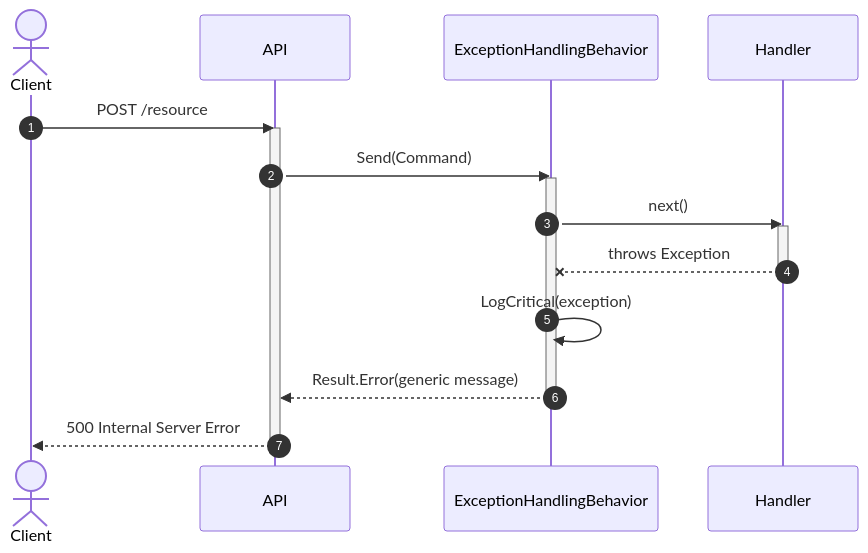
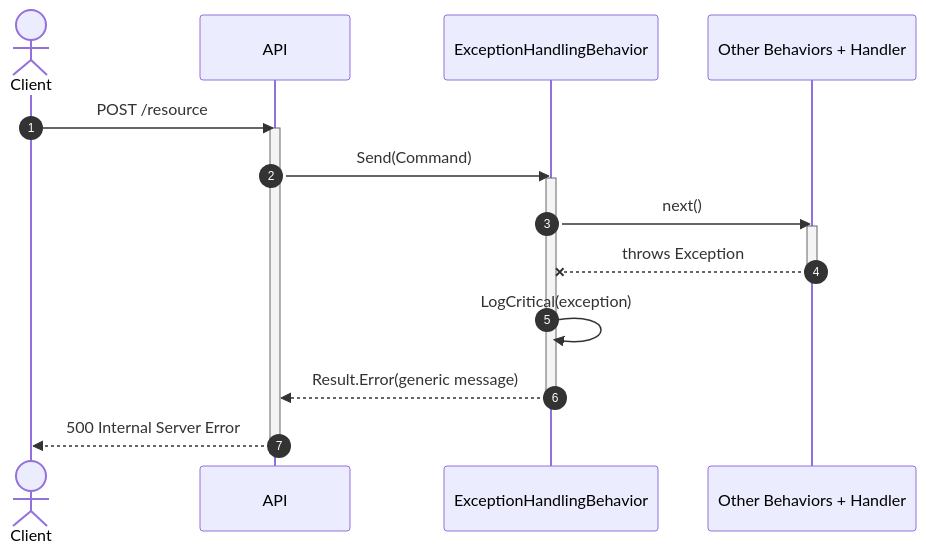
The diagram in skills/dotnet/architecture/artifacts/solutions/🧩validated/solution-mediator-exception-handler.skill/solution-mediator-exception-handler.skill.md (InsonusK/ai-skills), drawn with Mermaid before and after one commit. The commit also changed other lines of this file and 2 other files, not shown here.

Commit message:
fix: register ExceptionHandlingBehavior first in pipeline chain
- ExceptionHandlingBehavior must be the outermost behavior
- It receives the command first and wraps all other behaviors + handler
- Update docs, anti-patterns and registration examples accordingly

````diff
--- a/skills/dotnet/architecture/artifacts/solutions/🧩validated/solution-mediator-exception-handler.skill/solution-mediator-exception-handler.skill.md
+++ b/skills/dotnet/architecture/artifacts/solutions/🧩validated/solution-mediator-exception-handler.skill/solution-mediator-exception-handler.skill.md
@@ -99,21 +99,21 @@
 ```mermaid
 sequenceDiagram
     autonumber
     actor Client
     participant API
-    participant Behavior as ExceptionHandlingBehavior
-    participant Handler
+    participant Exception as ExceptionHandlingBehavior
+    participant Others as Other Behaviors + Handler
     Client->>API: POST /resource
     activate API
-    API->>Behavior: Send(Command)
-    activate Behavior
-    Behavior->>Handler: next()
-    activate Handler
-    Handler--xBehavior: throws Exception
-    deactivate Handler
-    Behavior->>Behavior: LogCritical(exception)
-    Behavior-->>API: Result.Error(generic message)
-    deactivate Behavior
+    API->>Exception: Send(Command)
+    activate Exception
+    Exception->>Others: next()
+    activate Others
+    Others--xException: throws Exception
+    deactivate Others
+    Exception->>Exception: LogCritical(exception)
+    Exception-->>API: Result.Error(generic message)
+    deactivate Exception
     API-->>Client: 500 Internal Server Error
     deactivate API
 ```
````
